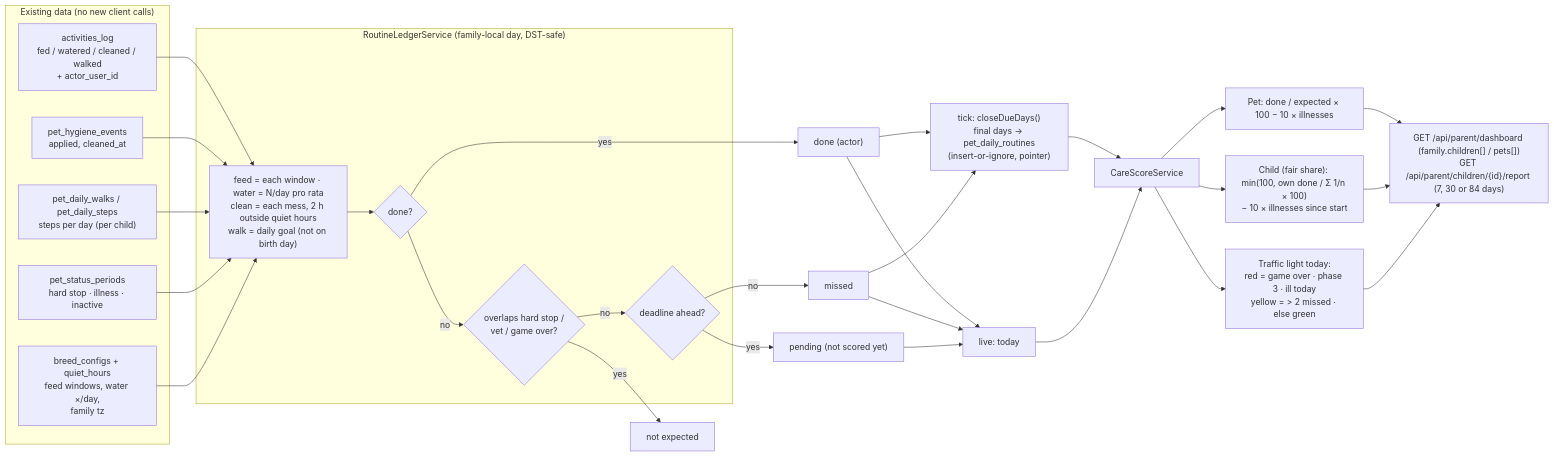
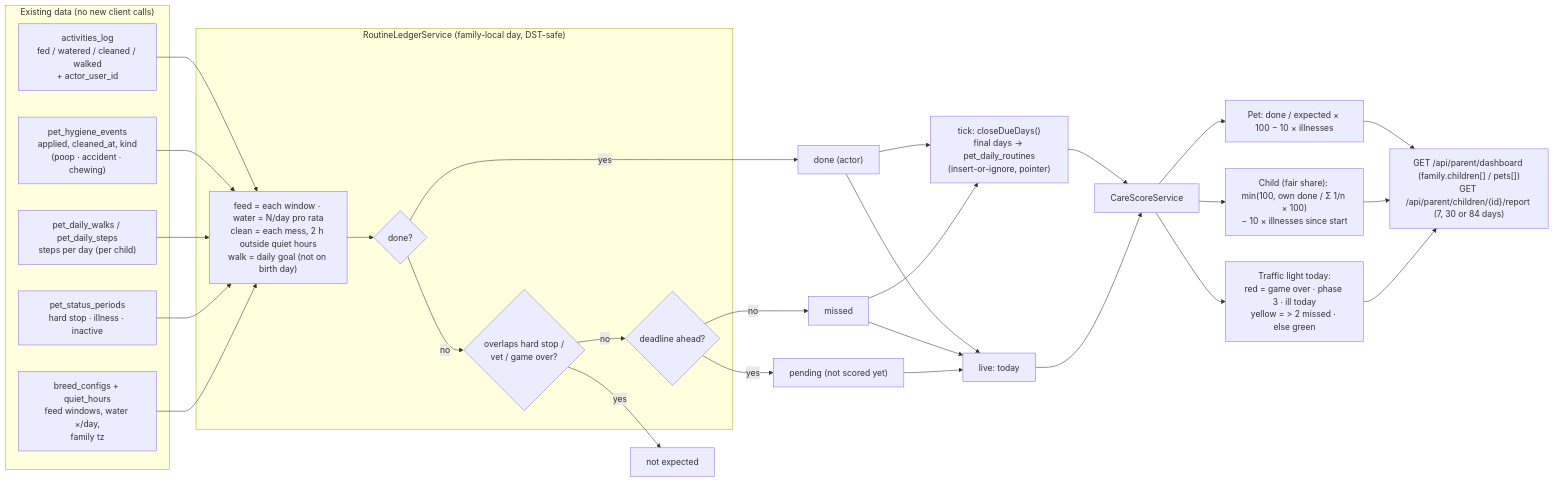
One commit to DataVallis/pet-prep changed diagram 22 of 37 in docs/engineering/DIAGRAMS.md. Above: the diagram before and after it, drawn with Mermaid. The commit also changed other lines of this file and 49 other files, not shown here.

First line of the commit message:
feat(backend): puppy accidents, take-out and chewing behaviour events [M5-R02]

````diff
--- a/docs/engineering/DIAGRAMS.md
+++ b/docs/engineering/DIAGRAMS.md
@@ -676,34 +724,34 @@
 ```mermaid
 flowchart LR
   subgraph Sources["Existing data (no new client calls)"]
     A["activities_log<br/>fed / watered / cleaned / walked<br/>+ actor_user_id"]
-    H["pet_hygiene_events<br/>applied, cleaned_at"]
+    H["pet_hygiene_events<br/>applied, cleaned_at, kind<br/>(poop · accident · chewing)"]
     W["pet_daily_walks / pet_daily_steps<br/>steps per day (per child)"]
     S["pet_status_periods<br/>hard stop · illness · inactive"]
     C["breed_configs + quiet_hours<br/>feed windows, water ×/day,<br/>family tz"]
   end
 
   subgraph Ledger["RoutineLedgerService (family-local day, DST-safe)"]
     R["feed = each window · water = N/day pro rata<br/>clean = each mess, 2 h outside quiet hours<br/>walk = daily goal (not on birth day)"]
     X{"done?"}
     E{"overlaps hard stop /<br/>vet / game over?"}
     P{"deadline ahead?"}
   end
 
   A & H & W & S & C --> R --> X
   X -- yes --> DONE["done (actor)"]
   X -- no --> E
   E -- yes --> EXC["not expected"]
   E -- no --> P
   P -- yes --> PEND["pending (not scored yet)"]
   P -- no --> MISS["missed"]
 
   DONE & MISS --> T["tick: closeDueDays()<br/>final days → pet_daily_routines<br/>(insert-or-ignore, pointer)"]
   DONE & MISS & PEND --> L["live: today"]
 
   T & L --> CS["CareScoreService"]
   CS --> PS["Pet: done / expected × 100 − 10 × illnesses"]
   CS --> KS["Child (fair share): min(100, own done / Σ 1/n × 100)<br/>− 10 × illnesses since start"]
   CS --> TL["Traffic light today:<br/>red = game over · phase 3 · ill today<br/>yellow = > 2 missed · else green"]
   PS & KS & TL --> API["GET /api/parent/dashboard (family.children[] / pets[])<br/>GET /api/parent/children/{id}/report (7, 30 or 84 days)"]
 ```
````
